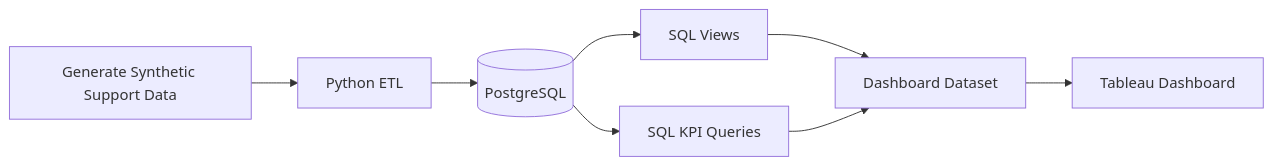
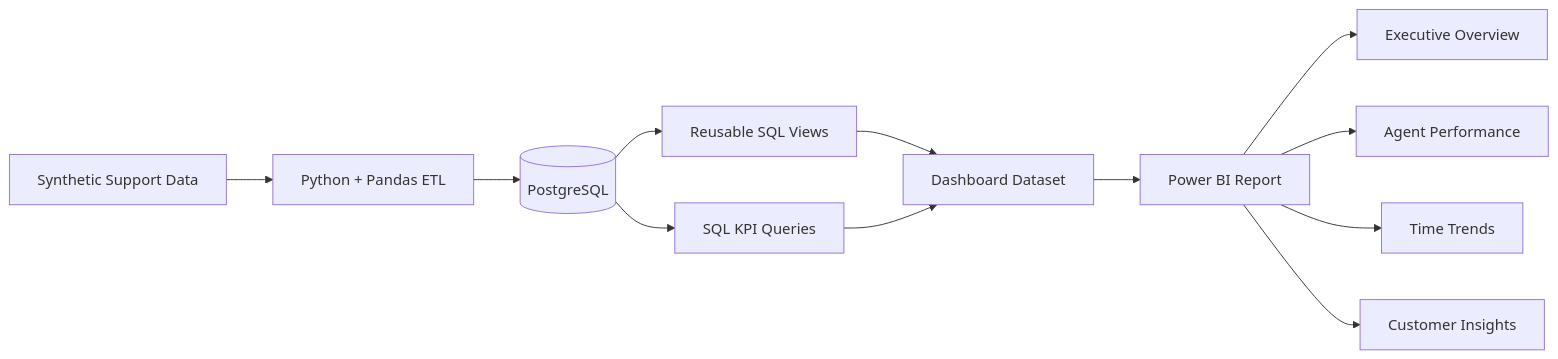
The first of 2 diagrams in README.md (absksync/cx-operations-analytics), drawn with Mermaid before and after one commit. The commit also changed other lines of this file, not shown here.

````diff
--- a/README.md
+++ b/README.md
@@ -154,10 +260,15 @@
 ```mermaid
 flowchart LR
-    A[Generate Synthetic Support Data] --> B[Python ETL]
+    A[Synthetic Support Data] --> B[Python + Pandas ETL]
     B --> C[(PostgreSQL)]
-    C --> D[SQL Views]
+    C --> D[Reusable SQL Views]
     C --> E[SQL KPI Queries]
     D --> F[Dashboard Dataset]
     E --> F
-    F --> G[Tableau Dashboard]
+    F --> G[Power BI Report]
+
+    G --> H[Executive Overview]
+    G --> I[Agent Performance]
+    G --> J[Time Trends]
+    G --> K[Customer Insights]
 ```
````
